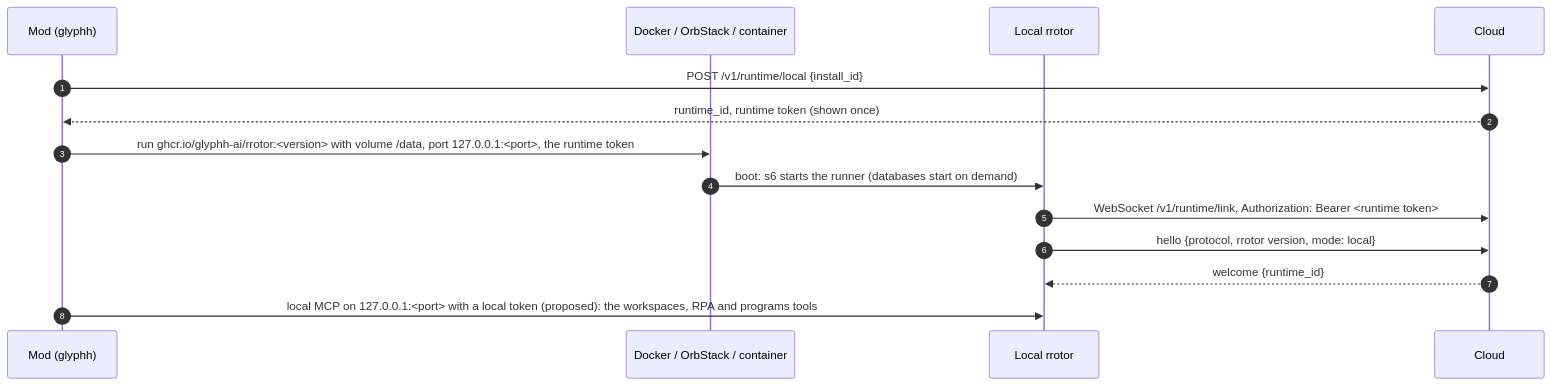
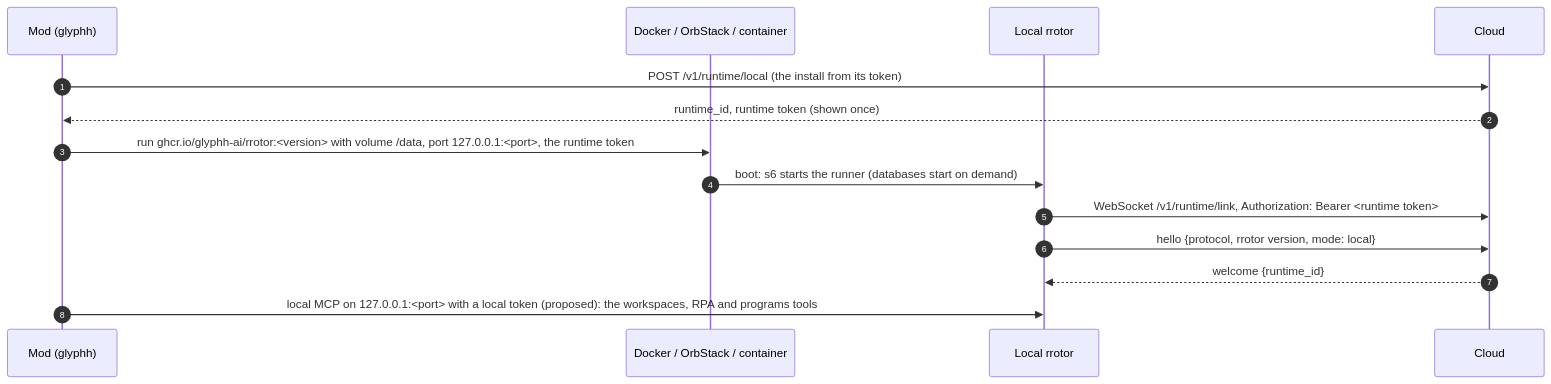
The second of 13 diagrams in docs/architecture.md (glyphh-ai/rrotor), drawn with Mermaid before and after one commit.

Commit message:
Architecture: the local runtime's token request carries no body (the install comes from its token)

````diff
--- a/docs/architecture.md
+++ b/docs/architecture.md
@@ -78,16 +78,16 @@
 ```mermaid
 sequenceDiagram
     autonumber
     participant M as Mod (glyphh)
     participant D as Docker / OrbStack / container
     participant R as Local rrotor
     participant G as Cloud
-    M->>G: POST /v1/runtime/local {install_id}
+    M->>G: POST /v1/runtime/local (the install from its token)
     G-->>M: runtime_id, runtime token (shown once)
     M->>D: run ghcr.io/glyphh-ai/rrotor:#lt;version#gt; with volume /data, port 127.0.0.1:#lt;port#gt;, the runtime token
     D->>R: boot: s6 starts the runner (databases start on demand)
     R->>G: WebSocket /v1/runtime/link, Authorization: Bearer #lt;runtime token#gt;
     R->>G: hello {protocol, rrotor version, mode: local}
     G-->>R: welcome {runtime_id}
     M->>R: local MCP on 127.0.0.1:#lt;port#gt; with a local token (proposed): the workspaces, RPA and programs tools
 ```
````
